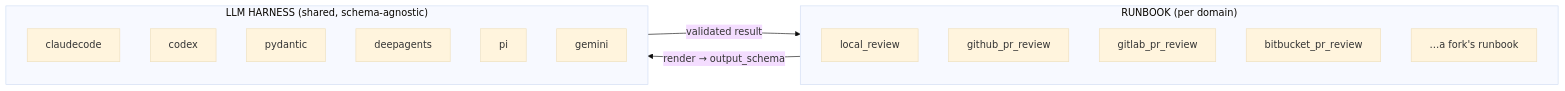
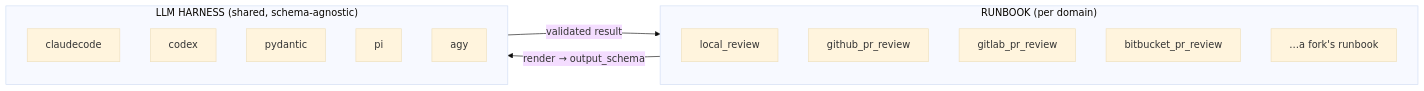
Before and after one commit to mishachepi/junior: the first of 2 diagrams in docs-site/src/content/docs/architecture.md, drawn with Mermaid (base theme). The commit also changed other lines of this file and 95 other files, not shown here.

````diff
--- a/docs-site/src/content/docs/architecture.md
+++ b/docs-site/src/content/docs/architecture.md
@@ -17,24 +17,23 @@
 ```mermaid
 flowchart LR
     subgraph A1["RUNBOOK (per domain)"]
         direction TB
         P1["local_review"]
         P2["github_pr_review"]
         P3["gitlab_pr_review"]
         P4["bitbucket_pr_review"]
         P5["…a fork's runbook"]
     end
 
     subgraph A2["LLM HARNESS (shared, schema-agnostic)"]
         direction TB
         E1["claudecode"]
         E2["codex"]
         E3["pydantic"]
-        E4["deepagents"]
         E5["pi"]
-        E6["gemini"]
+        E6["agy"]
     end
 
     A1 -->|"render → output_schema"| A2
     A2 -->|"validated result"| A1
 ```
````
